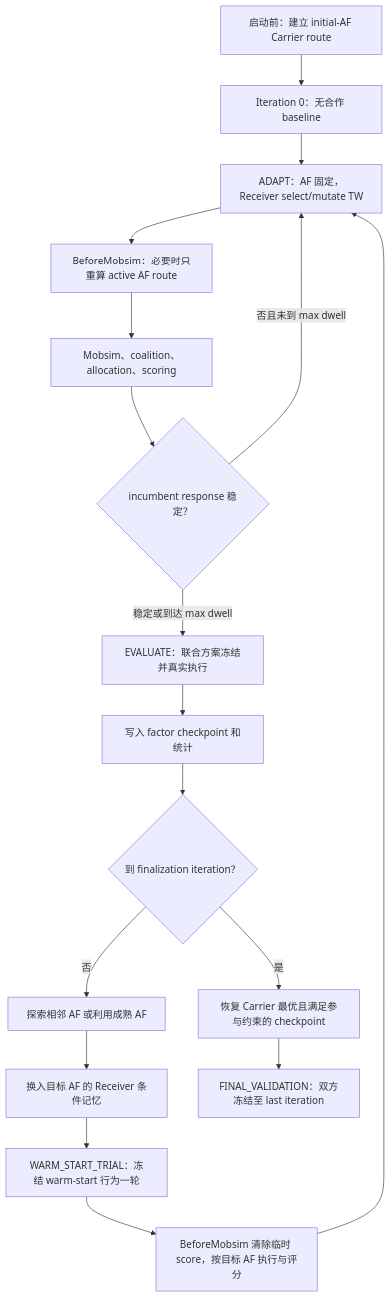
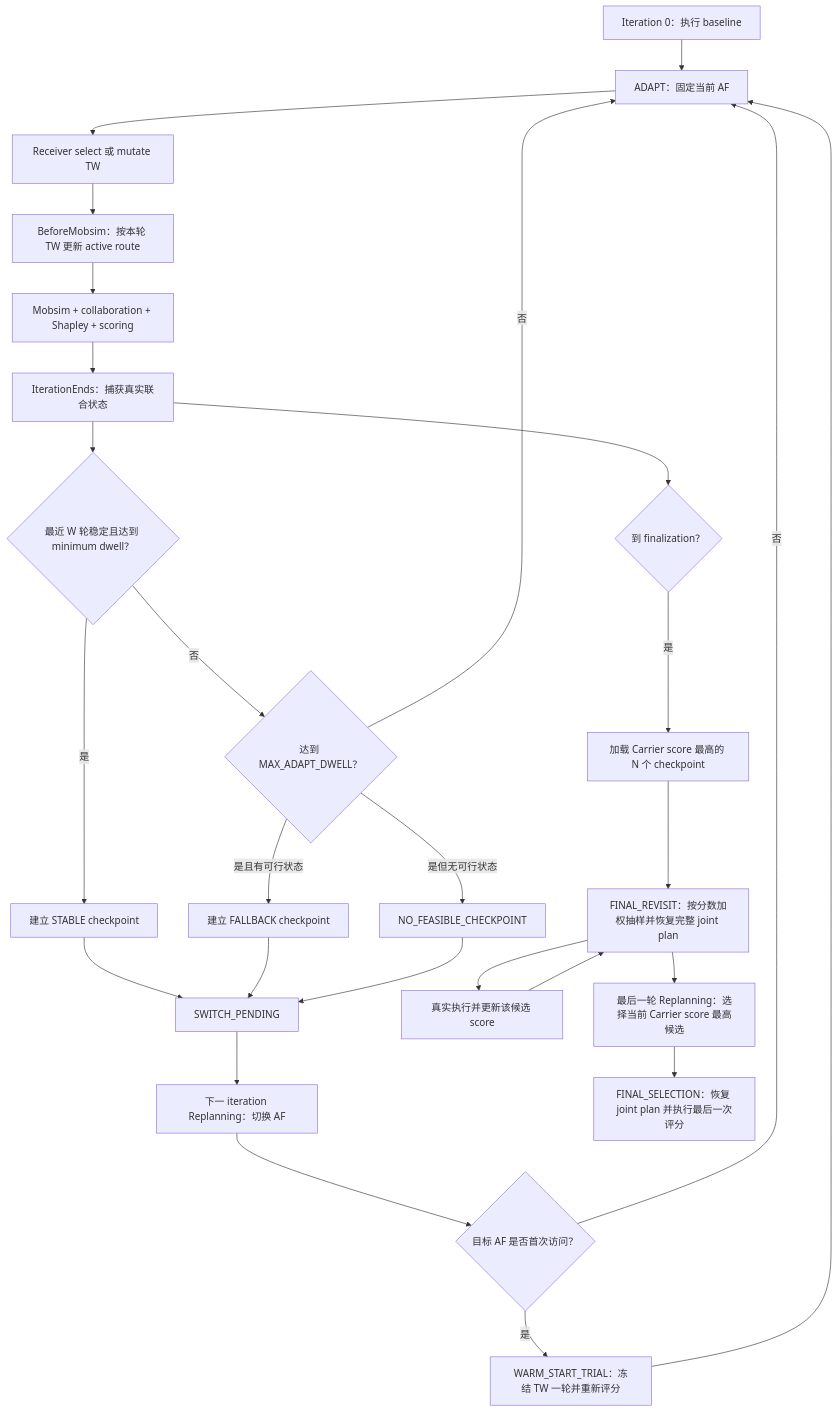
One commit to XanderPENG/matsim-libs-2024 changed the first of 2 diagrams in contribs/xp-collaboration/docs/MUTABLE_ALLOCATION_FACTOR.md. Above: the diagram before and after it, drawn with Mermaid. The commit also changed other lines of this file and 28 other files, not shown here.

````diff
--- a/contribs/xp-collaboration/docs/MUTABLE_ALLOCATION_FACTOR.md
+++ b/contribs/xp-collaboration/docs/MUTABLE_ALLOCATION_FACTOR.md
@@ -77,19 +128,29 @@
 ```mermaid
 flowchart TD
-    B["启动前：建立 initial-AF Carrier route"] --> I0["Iteration 0：无合作 baseline"]
-    I0 --> A["ADAPT：AF 固定，Receiver select/mutate TW"]
-    A --> V["BeforeMobsim：必要时只重算 active AF route"]
-    V --> S["Mobsim、coalition、allocation、scoring"]
-    S --> Q{"incumbent response 稳定？"}
-    Q -- "否且未到 max dwell" --> A
-    Q -- "稳定或到达 max dwell" --> E["EVALUATE：联合方案冻结并真实执行"]
-    E --> K["写入 factor checkpoint 和统计"]
-    K --> F{"到 finalization iteration？"}
-    F -- "否" --> D["探索相邻 AF 或利用成熟 AF"]
-    D --> R["换入目标 AF 的 Receiver 条件记忆"]
-    R --> W["WARM_START_TRIAL：冻结 warm-start 行为一轮"]
-    W --> X["BeforeMobsim 清除临时 score，按目标 AF 执行与评分"]
-    X --> A
-    F -- "是" --> C["恢复 Carrier 最优且满足参与约束的 checkpoint"]
-    C --> Z["FINAL_VALIDATION：双方冻结至 last iteration"]
+    B["Iteration 0：执行 baseline"] --> A["ADAPT：固定当前 AF"]
+    A --> R["Receiver select 或 mutate TW"]
+    R --> V["BeforeMobsim：按本轮 TW 更新 active route"]
+    V --> M["Mobsim + collaboration + Shapley + scoring"]
+    M --> E["IterationEnds：捕获真实联合状态"]
+    E --> S{"最近 W 轮稳定且达到 minimum dwell？"}
+    S -- "是" --> C["建立 STABLE checkpoint"]
+    S -- "否" --> D{"达到 MAX_ADAPT_DWELL？"}
+    D -- "否" --> A
+    D -- "是且有可行状态" --> FC["建立 FALLBACK checkpoint"]
+    D -- "是但无可行状态" --> NF["NO_FEASIBLE_CHECKPOINT"]
+    C --> P["SWITCH_PENDING"]
+    FC --> P
+    NF --> P
+    P --> N["下一 iteration Replanning：切换 AF"]
+    N --> U{"目标 AF 是否首次访问？"}
+    U -- "是" --> W["WARM_START_TRIAL：冻结 TW 一轮并重新评分"]
+    U -- "否" --> A
+    W --> A
+    E --> F{"到 finalization？"}
+    F -- "是" --> Z["加载 Carrier score 最高的 N 个 checkpoint"]
+    Z --> Q["FINAL_REVISIT：按分数加权抽样并恢复完整 joint plan"]
+    Q --> X["真实执行并更新该候选 score"]
+    X --> Q
+    Q --> Y["最后一轮 Replanning：选择当前 Carrier score 最高候选"]
+    Y --> L["FINAL_SELECTION：恢复 joint plan 并执行最后一次评分"]
 ```
````
